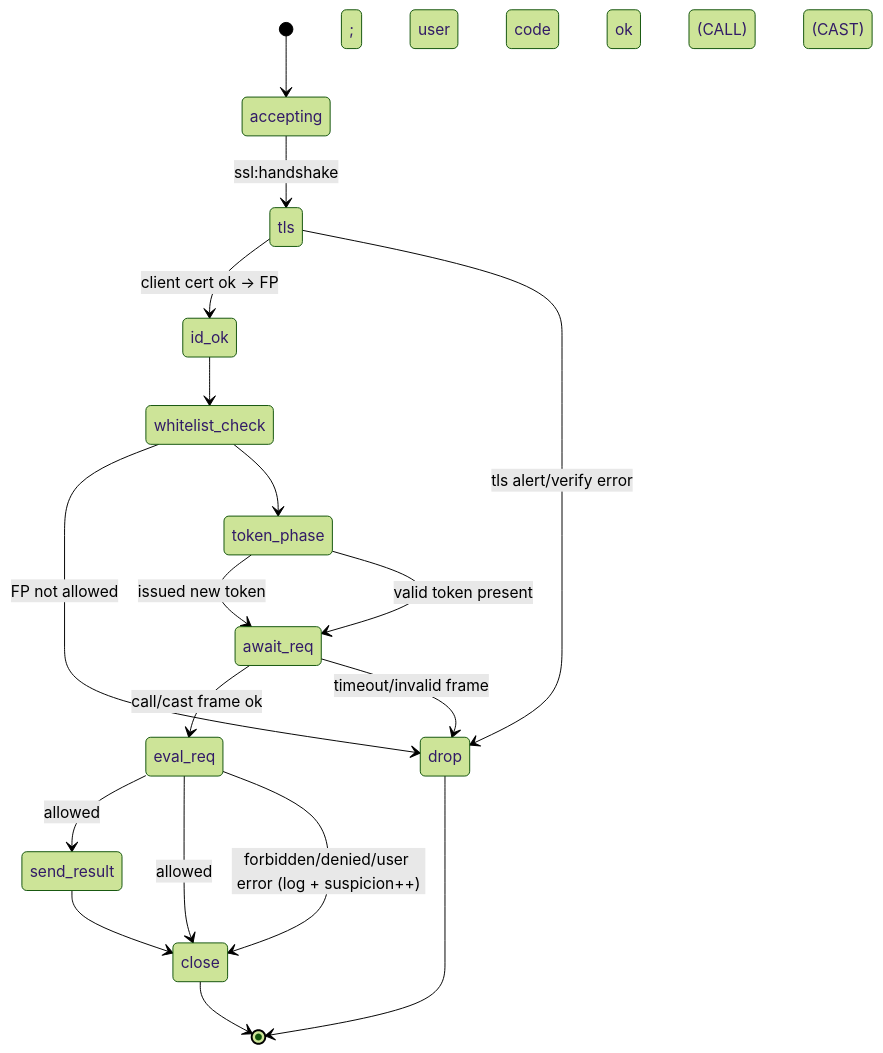
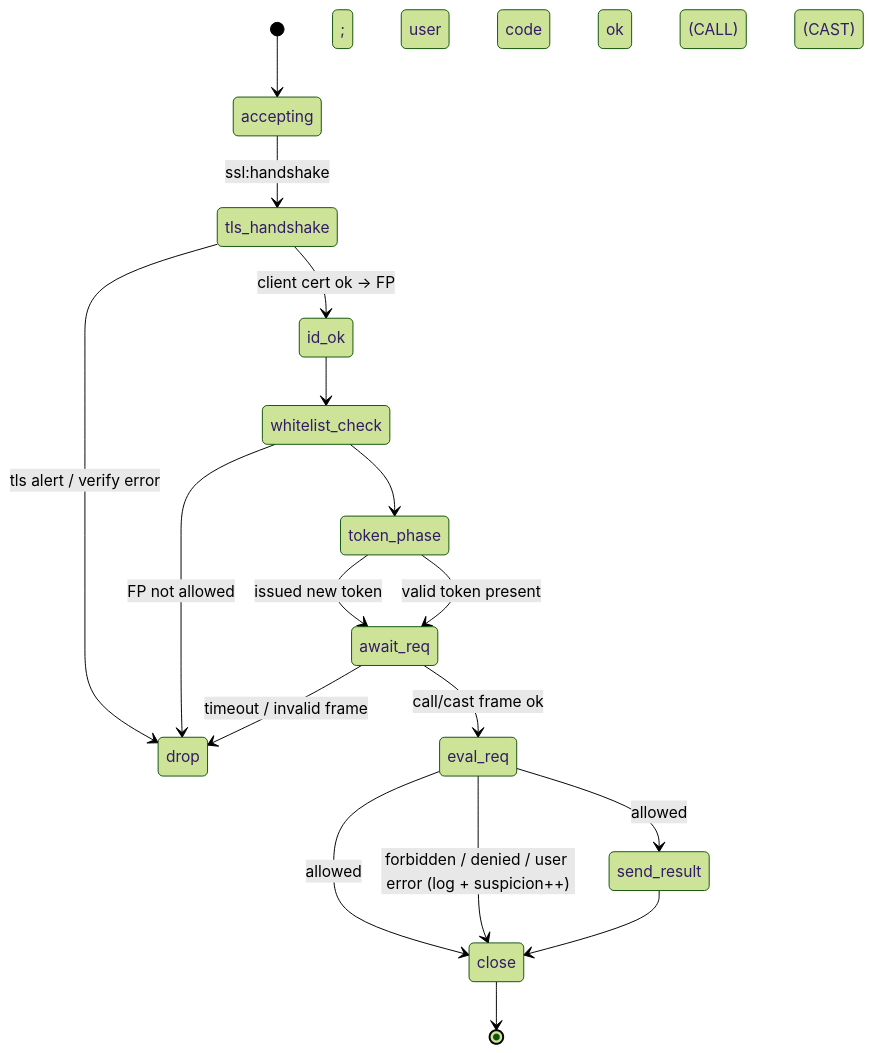
The third of 4 diagrams in README.md (yenrab/BEAM_SEMP), drawn with Mermaid (forest theme) before and after one commit. The commit also changed other lines of this file, not shown here.

Commit message:
fixed mermaid display issues

````diff
--- a/README.md
+++ b/README.md
@@ -218,20 +218,19 @@
 ```mermaid
 stateDiagram-v2
   [*] --> accepting
-  accepting --> tls: ssl:handshake
-  tls --> id_ok: client cert ok -> FP
-  tls --> drop: tls alert/verify error
+  accepting --> tls_handshake: ssl&#58handshake
+  tls_handshake --> id_ok: client cert ok → FP
+  tls_handshake --> drop: tls alert / verify error
   id_ok --> whitelist_check
   whitelist_check --> drop: FP not allowed
   whitelist_check --> token_phase
   token_phase --> await_req: issued new token
   token_phase --> await_req: valid token present
   await_req --> eval_req: call/cast frame ok
-  await_req --> drop: timeout/invalid frame
+  await_req --> drop: timeout / invalid frame
   eval_req --> send_result: allowed; user code ok (CALL)
   eval_req --> close: allowed; user code ok (CAST)
-  eval_req --> close: forbidden/denied/user error (log + suspicion++)
+  eval_req --> close: forbidden / denied / user error (log + suspicion++)
   send_result --> close
   close --> [*]
-  drop --> [*]
 ```
````
